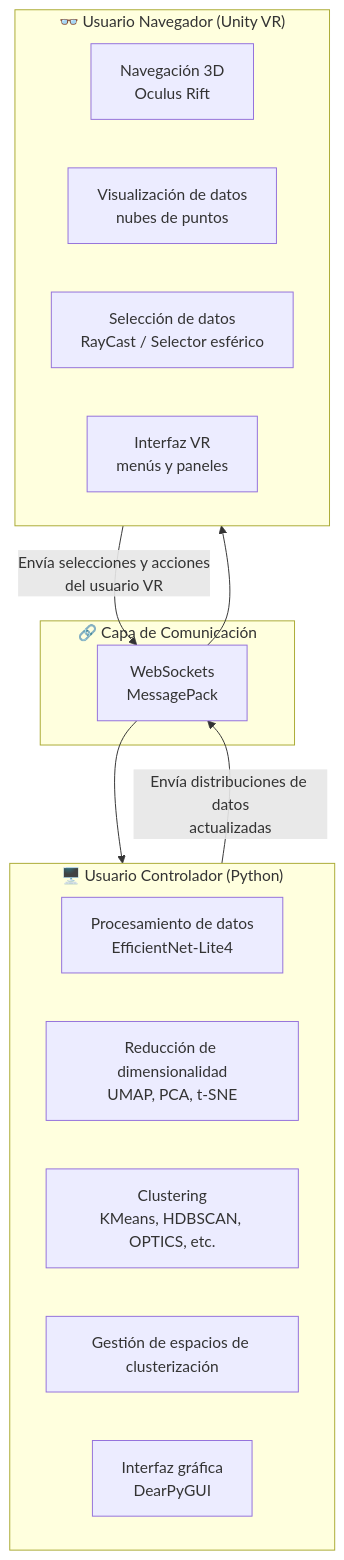
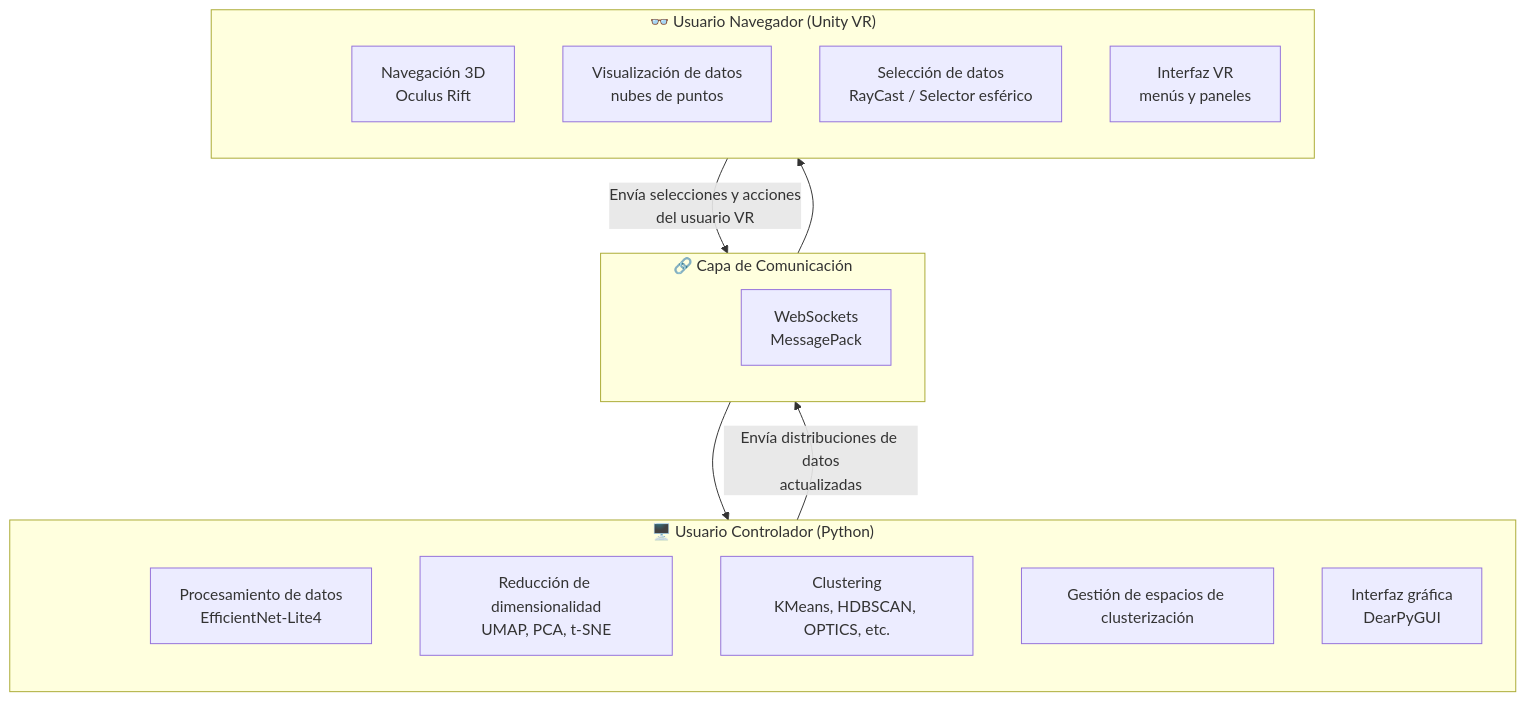
One commit to Nyanzey/Dataverse-Navigator changed the diagram in README.md. Above: the diagram before and after it, drawn with Mermaid. The commit also changed 1 other file, not shown here.

Commit message:
diagrams fixed

````diff
--- a/README.md
+++ b/README.md
@@ -66,27 +66,40 @@
 ```mermaid
 flowchart TB
+    %% --- Subgrafo Controlador ---
     subgraph Controller["🖥️ Usuario Controlador (Python)"]
+        direction TB
+        CT[ ]:::invisible
         P1[Procesamiento de datos<br/>EfficientNet-Lite4]
         P2[Reducción de dimensionalidad<br/>UMAP, PCA, t-SNE]
         P3[Clustering<br/>KMeans, HDBSCAN, OPTICS, etc.]
         P4[Gestión de espacios de clusterización]
         P5[Interfaz gráfica<br/>DearPyGUI]
     end
 
+    %% --- Subgrafo Capa de Comunicación ---
     subgraph NetworkLayer["🔗 Capa de Comunicación"]
+        direction TB
+        NT[ ]:::invisible
         WS[WebSockets<br/>MessagePack]
     end
 
+    %% --- Subgrafo Navegador VR ---
     subgraph Navigator["👓 Usuario Navegador (Unity VR)"]
+        direction TB
+        NV[ ]:::invisible
         U1[Navegación 3D<br/>Oculus Rift]
         U2[Visualización de datos<br/>nubes de puntos]
         U3[Selección de datos<br/>RayCast / Selector esférico]
         U4[Interfaz VR<br/>menús y paneles]
     end
 
+    %% --- Conexiones ---
     Controller -->|Envía distribuciones de datos<br/>actualizadas| WS
     WS --> Navigator
-
     Navigator -->|Envía selecciones y acciones<br/>del usuario VR| WS
     WS --> Controller
+
+    %% --- Estilos ---
+    classDef invisible fill:none,stroke:none;
+
 ```
````
